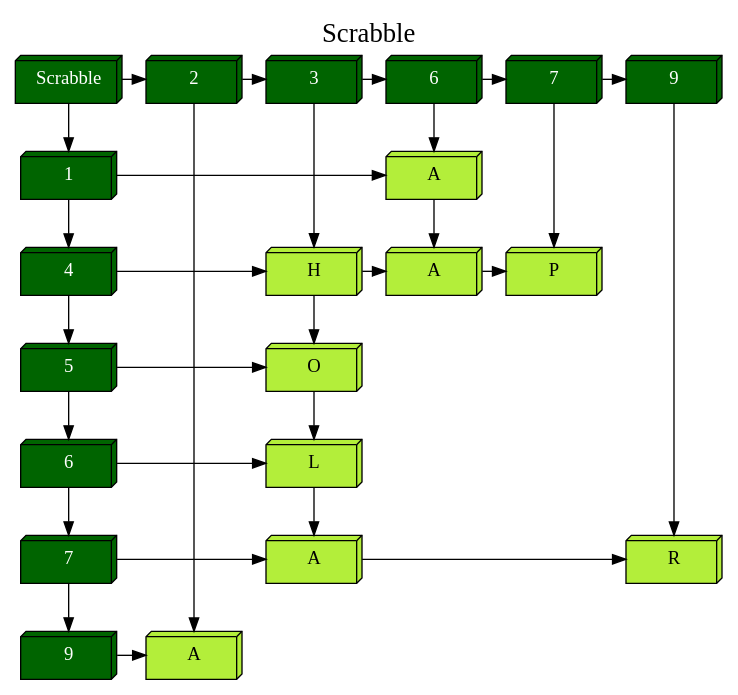
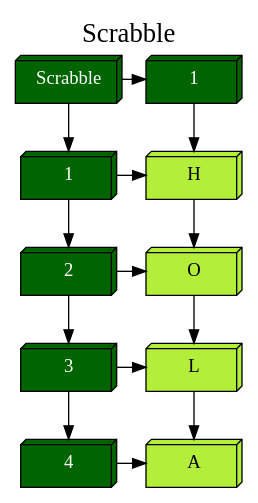
One commit to JoseMorente98/EDD-Proyecto-1 changed the diagram in EDD_1S2020_PY1_201801237/ScrabbleMD.dot. Above: the diagram before and after it, drawn with Graphviz. The commit also changed 58 other files, not shown here.

```diff
--- a/EDD_1S2020_PY1_201801237/ScrabbleMD.dot
+++ b/EDD_1S2020_PY1_201801237/ScrabbleMD.dot
@@ -1,60 +1,31 @@
 digraph ScrabbleMD {
 	node[shape = box3d]
 	ObjectRoot[label="Scrabble", width=1,  fontcolor=white, fillcolor=darkgreen, style=filled,  group = 1 ];
-	graph[label="Scrabble", labelloc = t, fontsize = 20];	ObjectX15 [label="2" width=1,  fontcolor=white, fillcolor=darkgreen, style=filled,  group =15];
-	ObjectX2 [label="3" width=1,  fontcolor=white, fillcolor=darkgreen, style=filled,  group =2];
-	ObjectX18 [label="6" width=1,  fontcolor=white, fillcolor=darkgreen, style=filled,  group =18];
-	ObjectX11 [label="7" width=1,  fontcolor=white, fillcolor=darkgreen, style=filled,  group =11];
-	ObjectX13 [label="9"width=1,  fontcolor=white, fillcolor=darkgreen, style=filled,  group =13];
-	ObjectY20->ObjectY21[constraint=false];
+	graph[label="Scrabble", labelloc = t, fontsize = 20];	ObjectX2 [label="1"width=1,  fontcolor=white, fillcolor=darkgreen, style=filled,  group =2];
 	ObjectY3->ObjectY4[constraint=false];
-	ObjectY4->ObjectY19[constraint=false];
-	ObjectY19->ObjectY12[constraint=false];
 	ObjectY5->ObjectY6[constraint=false];
 	ObjectY7->ObjectY8[constraint=false];
 	ObjectY9->ObjectY10[constraint=false];
-	ObjectY10->ObjectY14[constraint=false];
-	ObjectY16->ObjectY17[constraint=false];
-	ObjectY20 [label="1" width=1,  fontcolor=white, fillcolor=darkgreen, style=filled,  group=1  ];
-	ObjectY3 [label="4" width=1,  fontcolor=white, fillcolor=darkgreen, style=filled,  group=1  ];
-	ObjectY5 [label="5" width=1,  fontcolor=white, fillcolor=darkgreen, style=filled,  group=1  ];
-	ObjectY7 [label="6" width=1,  fontcolor=white, fillcolor=darkgreen, style=filled,  group=1  ];
-	ObjectY9 [label="7" width=1,  fontcolor=white, fillcolor=darkgreen, style=filled,  group=1  ];
-	ObjectY16 [label="9"width=1,  fontcolor=white, fillcolor=darkgreen, style=filled,  group=1  ];
-	ObjectX15->ObjectY17
+	ObjectY3 [label="1" width=1,  fontcolor=white, fillcolor=darkgreen, style=filled,  group=1  ];
+	ObjectY5 [label="2" width=1,  fontcolor=white, fillcolor=darkgreen, style=filled,  group=1  ];
+	ObjectY7 [label="3" width=1,  fontcolor=white, fillcolor=darkgreen, style=filled,  group=1  ];
+	ObjectY9 [label="4"width=1,  fontcolor=white, fillcolor=darkgreen, style=filled,  group=1  ];
 	ObjectX2->ObjectY4
 	ObjectY4->ObjectY6;
 	ObjectY6->ObjectY8;
 	ObjectY8->ObjectY10;
-	ObjectX18->ObjectY21
-	ObjectY21->ObjectY19;
-	ObjectX11->ObjectY12
-	ObjectX13->ObjectY14
-	ObjectRoot->ObjectX15;
-	ObjectX15->ObjectX2;
-	ObjectX2->ObjectX18;
-	ObjectX18->ObjectX11;
-	ObjectX11->ObjectX13;
-	ObjectRoot->ObjectY20;
-	ObjectY20->ObjectY3;
+	ObjectRoot->ObjectX2;
+	ObjectRoot->ObjectY3;
 	ObjectY3->ObjectY5;
 	ObjectY5->ObjectY7;
 	ObjectY7->ObjectY9;
-	ObjectY9->ObjectY16;
-	{ rank = same; ObjectRoot; 		ObjectX15; 		ObjectX2; 		ObjectX18; 		ObjectX11; 		ObjectX13}
-	ObjectY21[label="A" width = 1, style = filled, fillcolor = olivedrab2, group = 18];
+	{ rank = same; ObjectRoot; 		ObjectX2}
 	ObjectY4[label="H" width = 1, style = filled, fillcolor = olivedrab2, group = 2];
-	ObjectY19[label="A" width = 1, style = filled, fillcolor = olivedrab2, group = 18];
-	ObjectY12[label="P" width = 1, style = filled, fillcolor = olivedrab2, group = 11];
 	ObjectY6[label="O" width = 1, style = filled, fillcolor = olivedrab2, group = 2];
 	ObjectY8[label="L" width = 1, style = filled, fillcolor = olivedrab2, group = 2];
 	ObjectY10[label="A" width = 1, style = filled, fillcolor = olivedrab2, group = 2];
-	ObjectY14[label="R" width = 1, style = filled, fillcolor = olivedrab2, group = 13];
-	ObjectY17[label="A" width = 1, style = filled, fillcolor = olivedrab2, group = 15];
-	{rank= same; 		ObjectY20;		ObjectY21}
-	{rank=same;		ObjectY3;		ObjectY4;		ObjectY19;		ObjectY12}
+	{rank= same; 		ObjectY3;		ObjectY4}
 	{rank=same;		ObjectY5;		ObjectY6}
 	{rank=same;		ObjectY7;		ObjectY8}
-	{rank=same;		ObjectY9;		ObjectY10;		ObjectY14}
-	{rank=same;		ObjectY16;		ObjectY17}
+	{rank=same;		ObjectY9;		ObjectY10}
 }
```
